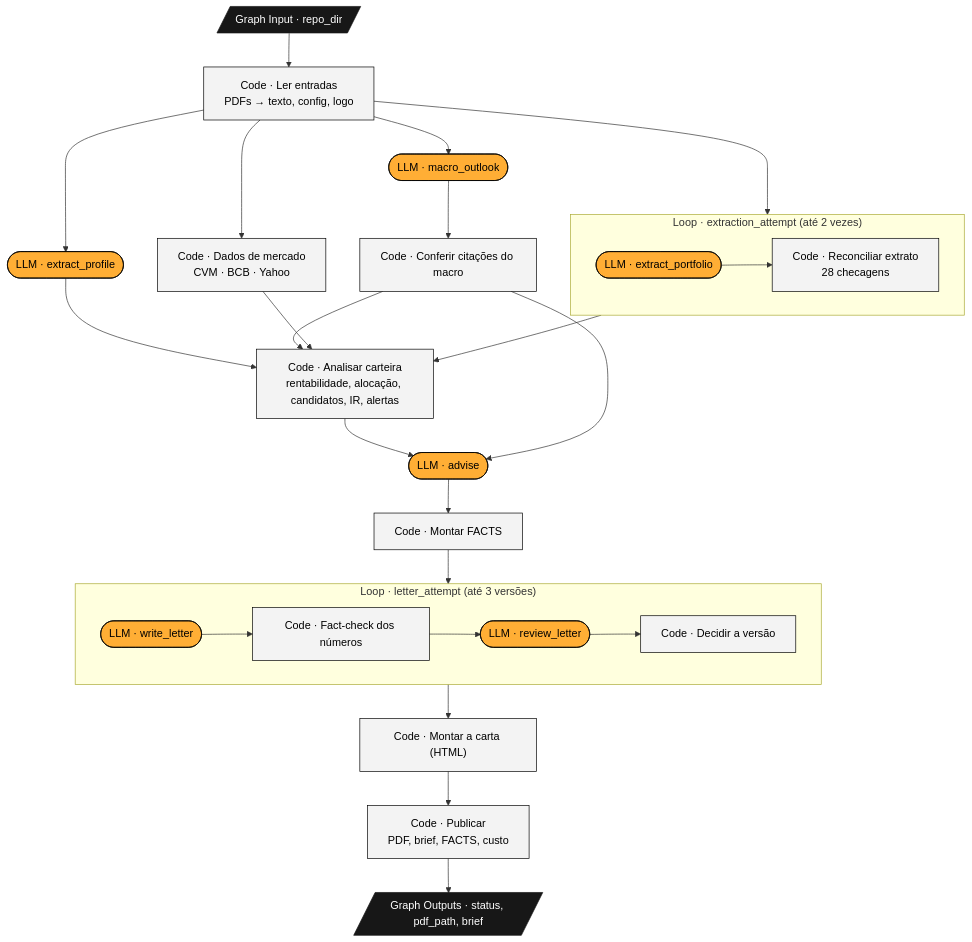
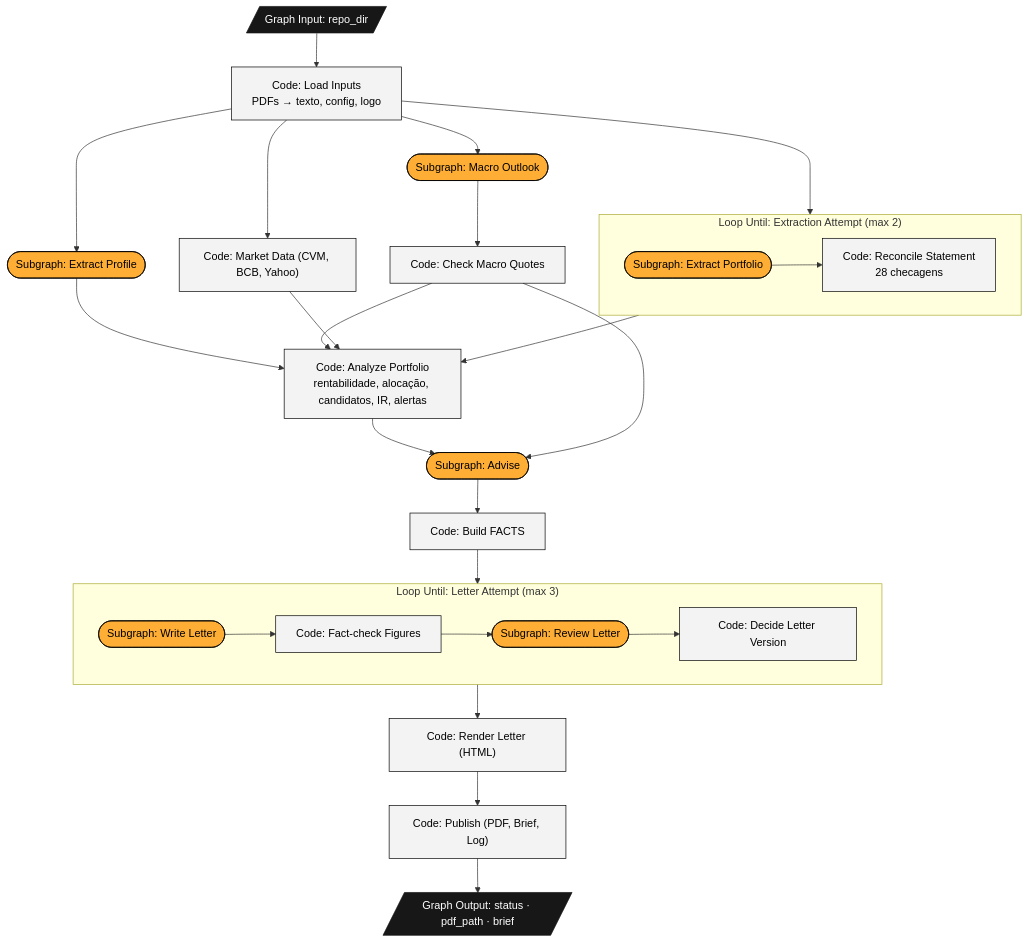
One commit to eu-adrianocarvalho/enter-challenge changed the first of 4 diagrams in docs/04_arquitetura_e_codigo.md. Above: the diagram before and after it, drawn with Mermaid. The commit also changed other lines of this file and 73 other files, not shown here.

````diff
--- a/docs/04_arquitetura_e_codigo.md
+++ b/docs/04_arquitetura_e_codigo.md
@@ -7,29 +7,29 @@
 ```mermaid
 flowchart TD
-  R[/"Graph Input · repo_dir"/] --> L["Code · Ler entradas<br/>PDFs → texto, config, logo"]
+  R[/"Graph Input: repo_dir"/] --> L["Code: Load Inputs<br/>PDFs → texto, config, logo"]
   L --> X
-  subgraph X["Loop · extraction_attempt (até 2 vezes)"]
-    X1(["LLM · extract_portfolio"]) --> X2["Code · Reconciliar extrato<br/>28 checagens"]
+  subgraph X["Loop Until: Extraction Attempt (max 2)"]
+    X1(["Subgraph: Extract Portfolio"]) --> X2["Code: Reconcile Statement<br/>28 checagens"]
   end
-  L --> P(["LLM · extract_profile"])
-  L --> M(["LLM · macro_outlook"]) --> G["Code · Conferir citações do macro"]
-  L --> D["Code · Dados de mercado<br/>CVM · BCB · Yahoo"]
-  X --> A["Code · Analisar carteira<br/>rentabilidade, alocação, candidatos, IR, alertas"]
+  L --> P(["Subgraph: Extract Profile"])
+  L --> M(["Subgraph: Macro Outlook"]) --> G["Code: Check Macro Quotes"]
+  L --> D["Code: Market Data (CVM, BCB, Yahoo)"]
+  X --> A["Code: Analyze Portfolio<br/>rentabilidade, alocação, candidatos, IR, alertas"]
   P --> A
   G --> A
   D --> A
-  A --> AD(["LLM · advise"]) --> F["Code · Montar FACTS"]
+  A --> AD(["Subgraph: Advise"]) --> F["Code: Build FACTS"]
   G --> AD
   F --> W
-  subgraph W["Loop · letter_attempt (até 3 versões)"]
-    W1(["LLM · write_letter"]) --> W2["Code · Fact-check dos números"] --> W3(["LLM · review_letter"]) --> W4["Code · Decidir a versão"]
+  subgraph W["Loop Until: Letter Attempt (max 3)"]
+    W1(["Subgraph: Write Letter"]) --> W2["Code: Fact-check Figures"] --> W3(["Subgraph: Review Letter"]) --> W4["Code: Decide Letter Version"]
   end
-  W --> H["Code · Montar a carta (HTML)"] --> PU["Code · Publicar<br/>PDF, brief, FACTS, custo"]
-  PU --> O[/"Graph Outputs · status, pdf_path, brief"/]
+  W --> H["Code: Render Letter (HTML)"] --> PU["Code: Publish (PDF, Brief, Log)"]
+  PU --> O[/"Graph Output: status · pdf_path · brief"/]
   classDef rivet fill:#ffae35,stroke:#000,color:#000
   classDef code fill:#f3f3f3,stroke:#000,color:#000
   classDef io fill:#171717,stroke:#171717,color:#fff
   class X1,P,M,AD,W1,W3 rivet
   class L,X2,G,D,A,F,W2,W4,H,PU code
   class R,O io
 ```
````
